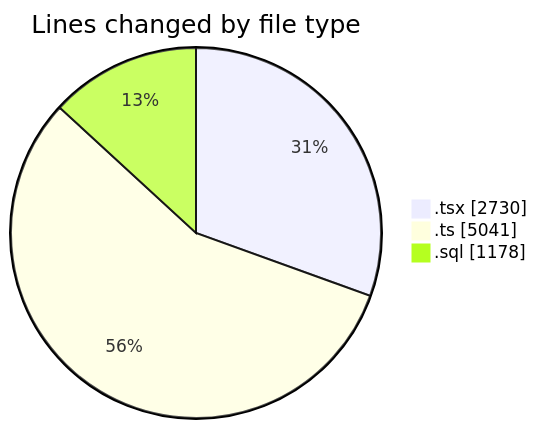
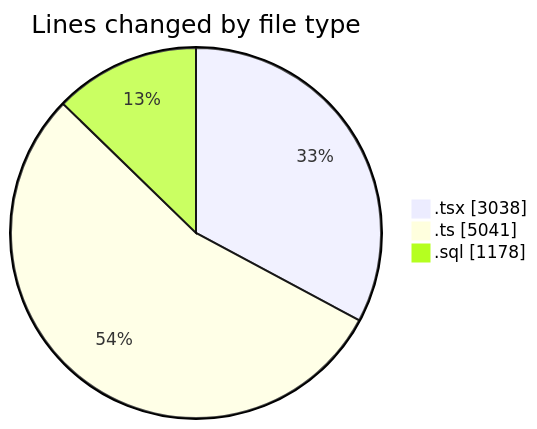
Before and after one commit to lephambinh05/code-tracking: the first of 2 diagrams in 2025-09-05/hiai-phf/README.md, drawn with Mermaid. The commit also changed other lines of this file and 1 other file, not shown here.

````diff
--- a/2025-09-05/hiai-phf/README.md
+++ b/2025-09-05/hiai-phf/README.md
@@ -75,7 +75,7 @@
 ```mermaid
 pie showData
 title Lines changed by file type
-".tsx" : 2730
+".tsx" : 3038
 ".ts" : 5041
 ".sql" : 1178
 ```
````
